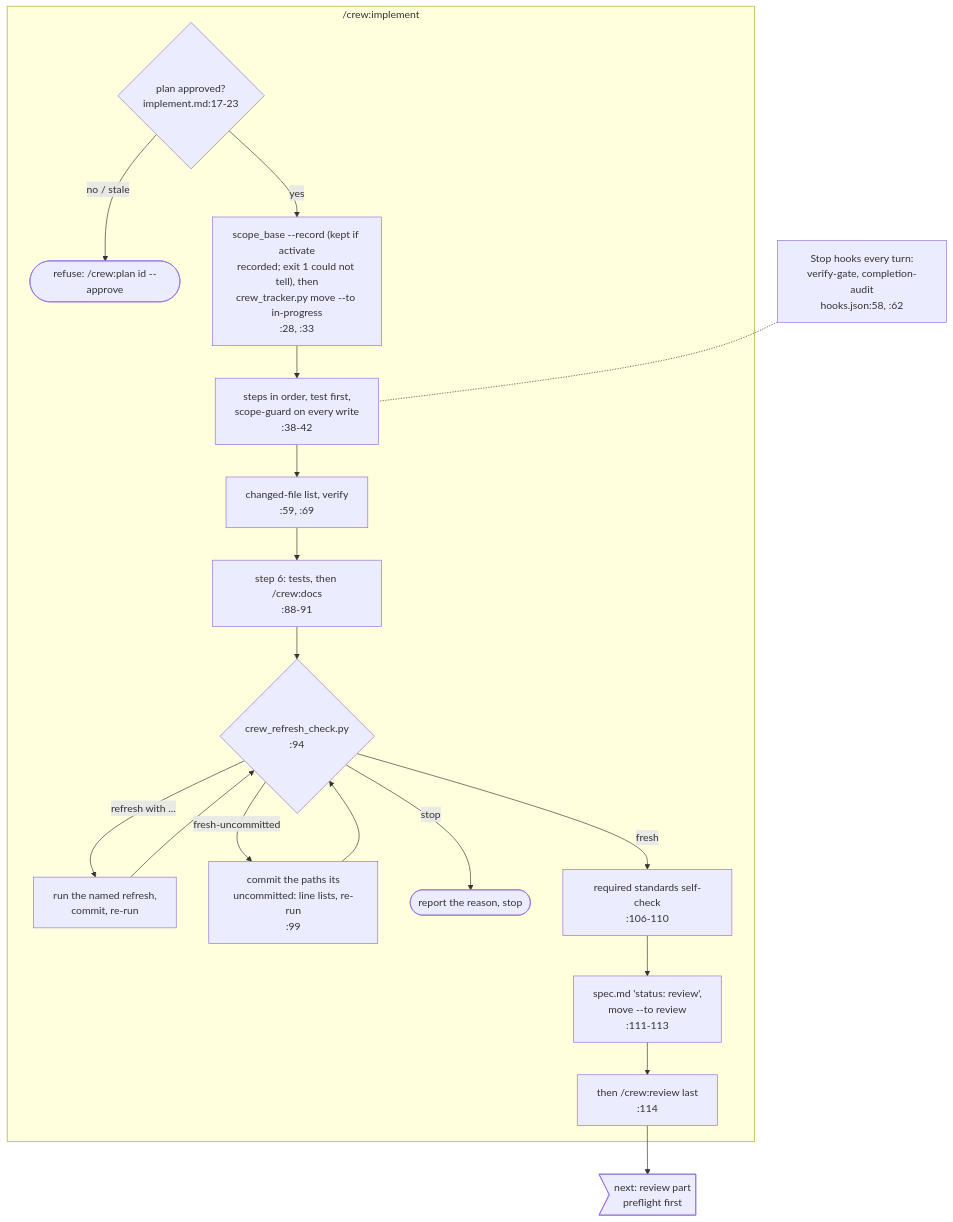
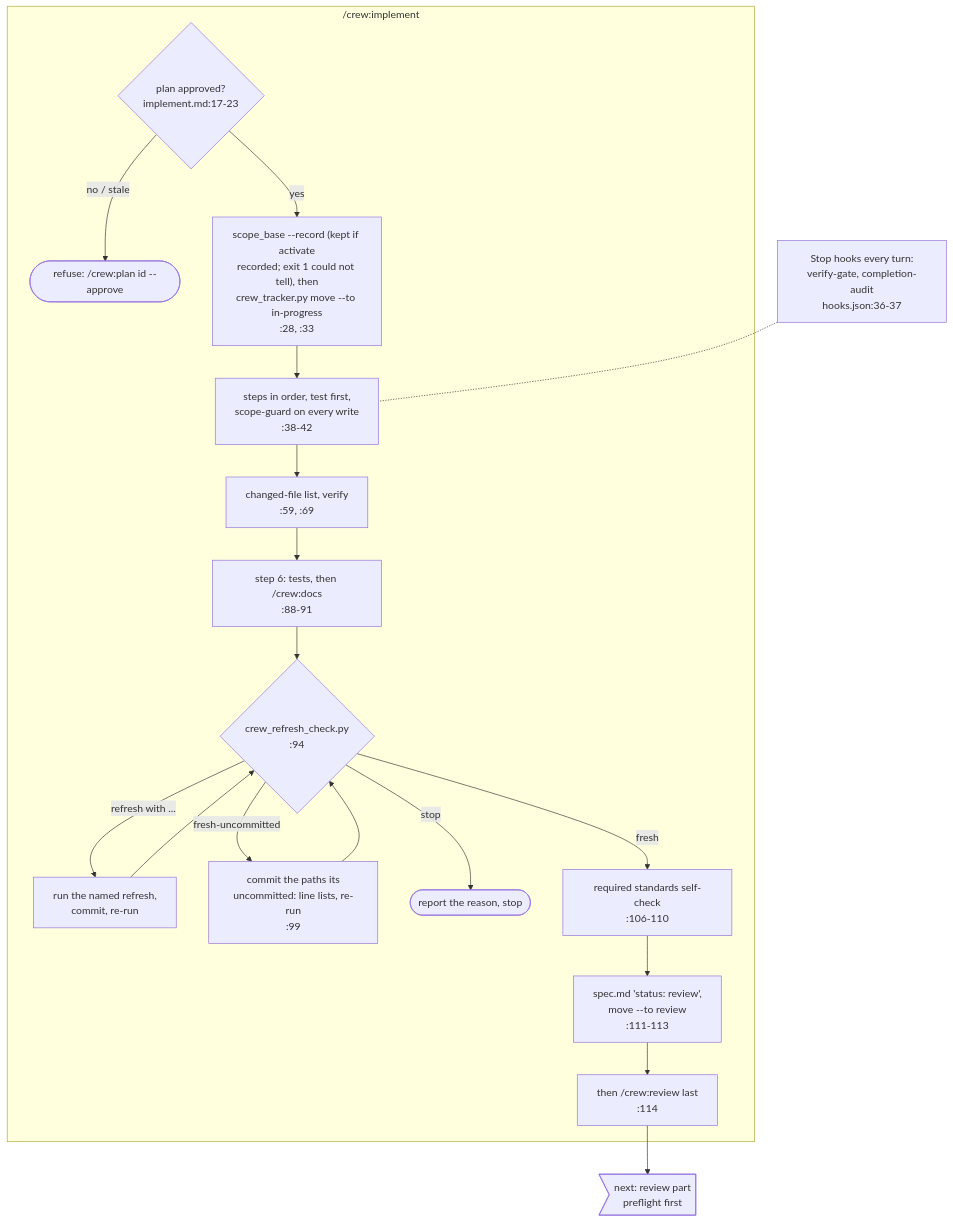
One commit to mbadali25/useful-claude-add-ons changed the diagram in docs/diagrams/process-crew-lifecycle-implement.mmd. Above: the diagram before and after it, drawn with Mermaid. The commit also changed 16 other files, not shown here.

Commit message:
L-0850: ADR 0009, hook docs, guides, diagram line references (pre-version)

```diff
--- a/docs/diagrams/process-crew-lifecycle-implement.mmd
+++ b/docs/diagrams/process-crew-lifecycle-implement.mmd
@@ -1,59 +1,59 @@
 %% Generated from useful-claude-add-ons@adb3c2a7 on 2026-10-09. Verify before trusting.
 %% Anchors: plugin/crew/commands/implement.md, plugin/crew/hooks/hooks.json, plugin/crew/hooks/scripts/crew_ticket.py, plugin/crew/hooks/scripts/crew_tracker.py, plugin/crew/hooks/scripts/crew_refresh_check.py, plugin/crew/hooks/scripts/crew_standards.py
 %% Purpose: /crew:implement from the approval check to handing over to /crew:review: the plan steps under the scope guard, the refresh-artifacts loop and the required standards self-check.
 %% Embed: none
 %% Re-anchored f808e5f0 -> adb3c2a7 (L-0753): of the Anchors paths crew_refresh_check.py (own_changes added) changed; this diagram's cited lines do not move for it. No node or edge changed.
 %% One part of the crew lifecycle; process-crew-lifecycle.mmd is the overview and keeps the re-anchor history.
 %% Arrow-shaped nodes ("next:" / "back:" / "again:") stand for a node drawn in the named part.
 %% T-0061 (#378, merged with main 38adba44+): im1 relabelled - `crew_ticket.py activate` now records the scope
 %% base at branch cut, so /crew:implement step 1 may report `kept`, and a `tickets.baseBranch` naming no commit
 %% exits 1 "could not tell". Cites :28, :33 re-read on the merged tree.
 %% --
 %% Re-drawn for T-0066 (crew 1.0.328, merging origin/main c9263465, then edb2b8ff, 155fe6d8 and e9364a70, which left implement.md unchanged): implement.md step 2 gained a line (T-0066)
 %%    and main changed four lines in place; node cites re-read on this tree (:59, :69, :88-91, :94, :106-110, :111-114, :115).
 %% Every node cites the command file's own line; files are named repo-relative
 %% here and by basename in the nodes (all under plugin/crew/commands/ unless
 %% named otherwise):
 %%   plugin/crew/commands/implement.md:14-17 refuses unless `crew_ticket.py validate`
 %%     reports the plan approved; :31 scope_base --record, then crew_tracker.py
 %%     move --to in-progress (:36, `--reopen` on a successor plan :37); :41 steps
 %%     in order, test first; :59 changed-file list; :69 verify; :89-112 step 6:
 %%     tests, then docs, then crew_refresh_check.py (:96) and the commands its
 %%     lines name, committed, until `fresh` (current AND committed since T-0063:
 %%     `fresh-uncommitted` means commit the listed paths) or a `stop`; then spec.md header
 %%     `status: review`, which keeps the approval (:107-109), and crew_tracker.py
 %%     move --to review (:110-111); then /crew:review last (:112). :114-118
 %%     step 7: done is /crew:done's.
-%%     Scope guard: plugin/crew/hooks/hooks.json:31 (scope-guard.sh, PreToolUse).
-%%     Stop hooks: plugin/crew/hooks/hooks.json:58 (verify-gate.sh), :62 (completion-audit.sh).
+%%     Scope guard: plugin/crew/hooks/hooks.json:12-15 (PreToolUse launcher; crew_hook.py runs scope-guard.sh).
+%%     Stop hooks: plugin/crew/hooks/hooks.json:36-37 (Stop launcher; crew_hook.py runs verify-gate.sh and completion-audit.sh).
 %% --
 %% Note im0: crew_ticket.py validate
 %% Note im2: recurring-findings checklist for the Touch paths, then steps in order;
-%%    hooks.json:31 (PreToolUse, Touch)
+%%    hooks.json:12-15 (PreToolUse, Touch)
 %% Note sc1: crew_standards.py init, answer every row, crew_standards.py stamp until exit 0
 %% Note im4: spec.md header 'status: review' (keeps the approval), crew_tracker.py move --to
 %%    review (Review lane: review outstanding)
 flowchart TB
     subgraph implement["/crew:implement"]
         im0{"plan approved?<br/>implement.md:17-23"}
         im0 -- "no / stale" --> imx([refuse: /crew:plan id --approve])
         im0 -- yes --> im1["scope_base --record (kept if activate<br/>recorded; exit 1 could not tell), then<br/>crew_tracker.py move --to in-progress<br/>:28, :33"]
         im1 --> im2["steps in order, test first,<br/>scope-guard on every write<br/>:38-42"]
         im2 --> im3a["changed-file list, verify<br/>:59, :69"]
         im3a --> im3["step 6: tests, then /crew:docs<br/>:88-91"]
         im3 --> rf1{"crew_refresh_check.py<br/>:94"}
         rf1 -- "refresh with ..." --> rf2["run the named refresh,<br/>commit, re-run"]
         rf2 --> rf1
         rf1 -- "fresh-uncommitted" --> rf3["commit the paths its<br/>uncommitted: line lists, re-run<br/>:99"]
         rf3 --> rf1
         rf1 -- "stop" --> rfx([report the reason, stop])
         rf1 -- fresh --> sc1["required standards self-check<br/>:106-110"]
         sc1 --> im4["spec.md 'status: review',<br/>move --to review<br/>:111-113"]
         im4 --> im5["then /crew:review last<br/>:114"]
     end
 
     im5 --> to_pf0>"next: review part<br/>preflight first"]
 
-    stop["Stop hooks every turn:<br/>verify-gate, completion-audit<br/>hooks.json:58, :62"] -.- im2
+    stop["Stop hooks every turn:<br/>verify-gate, completion-audit<br/>hooks.json:36-37"] -.- im2
 %% T-0063 (#368) merges origin/main c9263465 (rerere off): main split this diagram into parts (#375); T-0063's edits re-applied here.
 %% New rf3 node and its two edges (implement.md:99, re-read with grep -n on batch-7-build after the merge). rf1 :94 holds.
```
